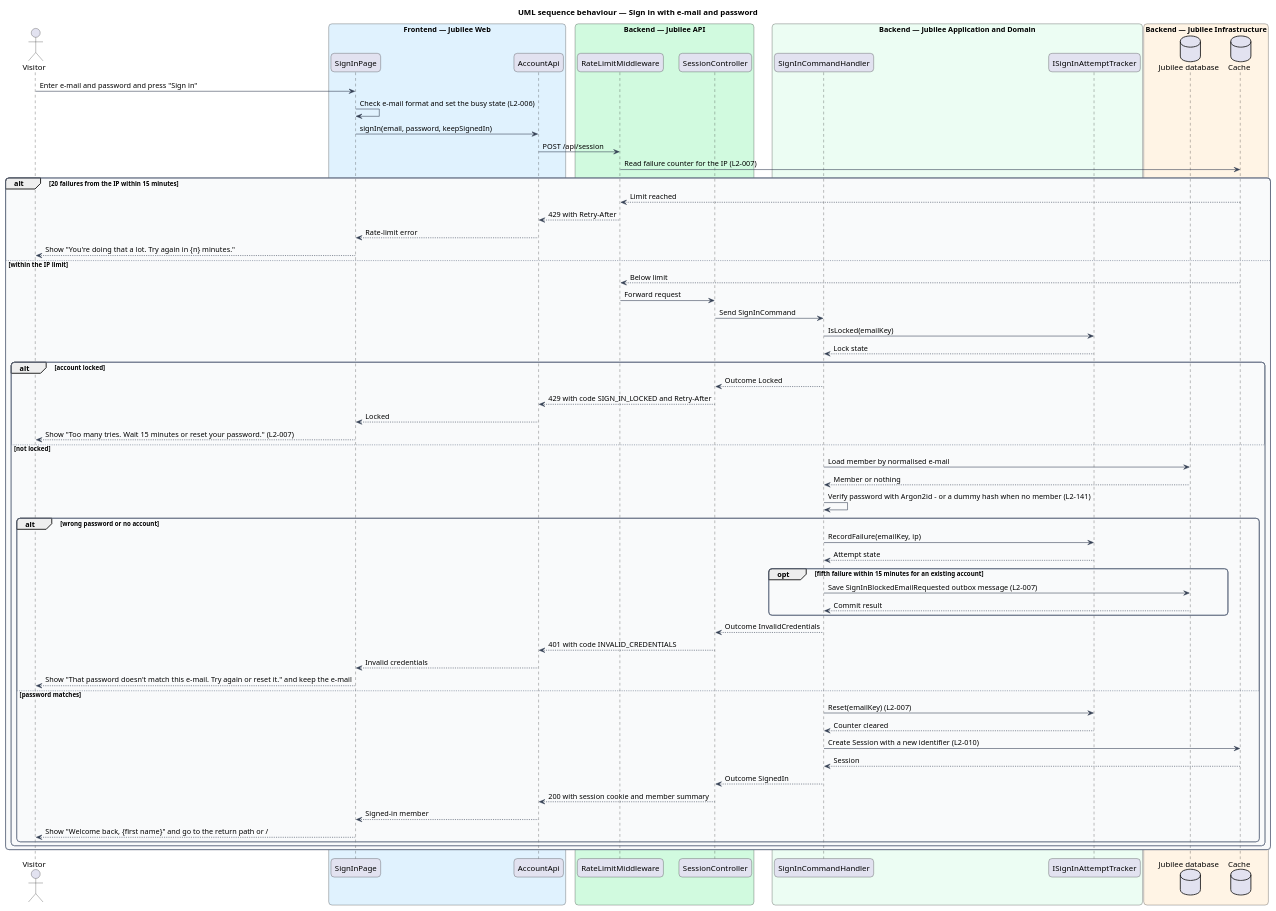
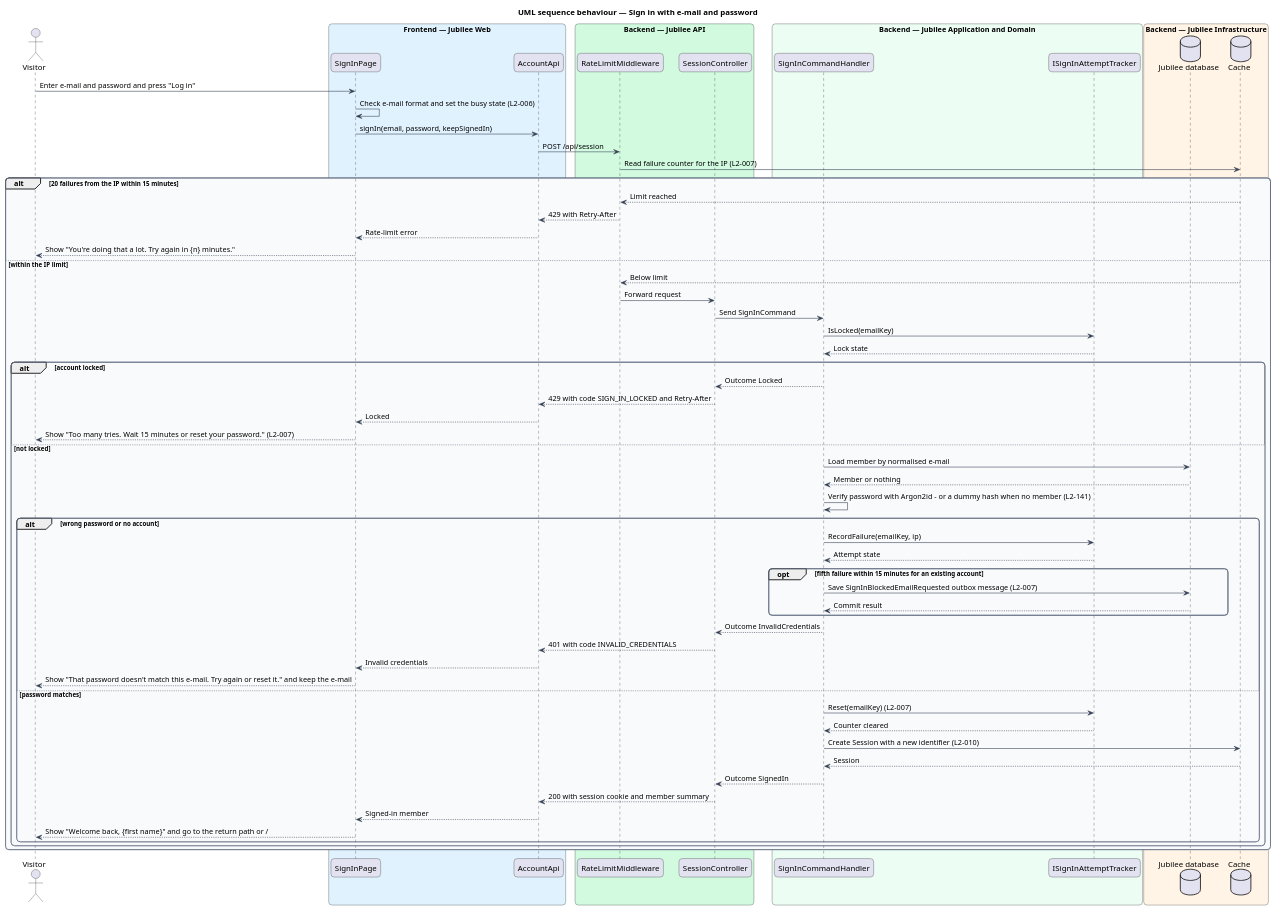
One commit to QuinntyneBrown/jubilee changed the diagram in docs/detailed-designs/accounts/sign-in/diagrams/sequence-sign-in.puml. Above: the diagram before and after it, drawn with PlantUML. The commit also changed 31 other files, not shown here.

First line of the commit message:
Log in and Sign up: decisions, detailed designs and the redrawn mocks

```diff
--- a/docs/detailed-designs/accounts/sign-in/diagrams/sequence-sign-in.puml
+++ b/docs/detailed-designs/accounts/sign-in/diagrams/sequence-sign-in.puml
@@ -1,83 +1,83 @@
 @startuml
 title UML sequence behaviour — Sign in with e-mail and password
 skinparam backgroundColor #FFFFFF
 skinparam shadowing false
 skinparam roundcorner 12
 skinparam defaultFontName Arial
 skinparam ArrowColor #344054
 skinparam rectangle {
   BorderColor #344054
   FontColor #101828
 }
 skinparam package {
   BorderColor #667085
   FontColor #101828
   BackgroundColor #F9FAFB
 }
 actor "Visitor" as actor
 box "Frontend — Jubilee Web" #E0F2FE
   participant "SignInPage" as page
   participant "AccountApi" as client
 end box
 box "Backend — Jubilee API" #D1FADF
   participant "RateLimitMiddleware" as limit
   participant "SessionController" as controller
 end box
 box "Backend — Jubilee Application and Domain" #ECFDF3
   participant "SignInCommandHandler" as handler
   participant "ISignInAttemptTracker" as tracker
 end box
 box "Backend — Jubilee Infrastructure" #FFF4E5
   database "Jubilee database" as db
   database "Cache" as cache
 end box
 
-actor -> page : Enter e-mail and password and press "Sign in"
+actor -> page : Enter e-mail and password and press "Log in"
 page -> page : Check e-mail format and set the busy state (L2-006)
 page -> client : signIn(email, password, keepSignedIn)
 client -> limit : POST /api/session
 limit -> cache : Read failure counter for the IP (L2-007)
 alt 20 failures from the IP within 15 minutes
   cache --> limit : Limit reached
   limit --> client : 429 with Retry-After
   client --> page : Rate-limit error
   page --> actor : Show "You're doing that a lot. Try again in {n} minutes."
 else within the IP limit
   cache --> limit : Below limit
   limit -> controller : Forward request
   controller -> handler : Send SignInCommand
   handler -> tracker : IsLocked(emailKey)
   tracker --> handler : Lock state
   alt account locked
     handler --> controller : Outcome Locked
     controller --> client : 429 with code SIGN_IN_LOCKED and Retry-After
     client --> page : Locked
     page --> actor : Show "Too many tries. Wait 15 minutes or reset your password." (L2-007)
   else not locked
     handler -> db : Load member by normalised e-mail
     db --> handler : Member or nothing
     handler -> handler : Verify password with Argon2id - or a dummy hash when no member (L2-141)
     alt wrong password or no account
       handler -> tracker : RecordFailure(emailKey, ip)
       tracker --> handler : Attempt state
       opt fifth failure within 15 minutes for an existing account
         handler -> db : Save SignInBlockedEmailRequested outbox message (L2-007)
         db --> handler : Commit result
       end
       handler --> controller : Outcome InvalidCredentials
       controller --> client : 401 with code INVALID_CREDENTIALS
       client --> page : Invalid credentials
       page --> actor : Show "That password doesn't match this e-mail. Try again or reset it." and keep the e-mail
     else password matches
       handler -> tracker : Reset(emailKey) (L2-007)
       tracker --> handler : Counter cleared
       handler -> cache : Create Session with a new identifier (L2-010)
       cache --> handler : Session
       handler --> controller : Outcome SignedIn
       controller --> client : 200 with session cookie and member summary
       client --> page : Signed-in member
       page --> actor : Show "Welcome back, {first name}" and go to the return path or /
     end
   end
 end
 @enduml
```
